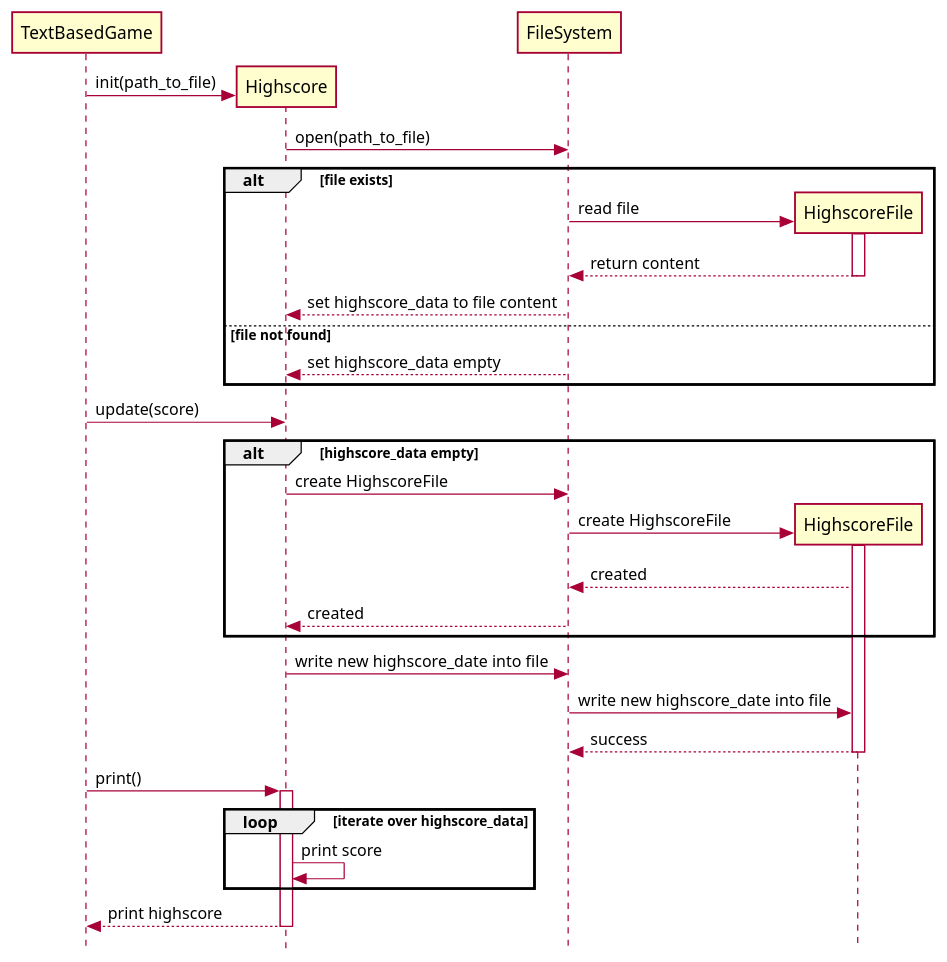
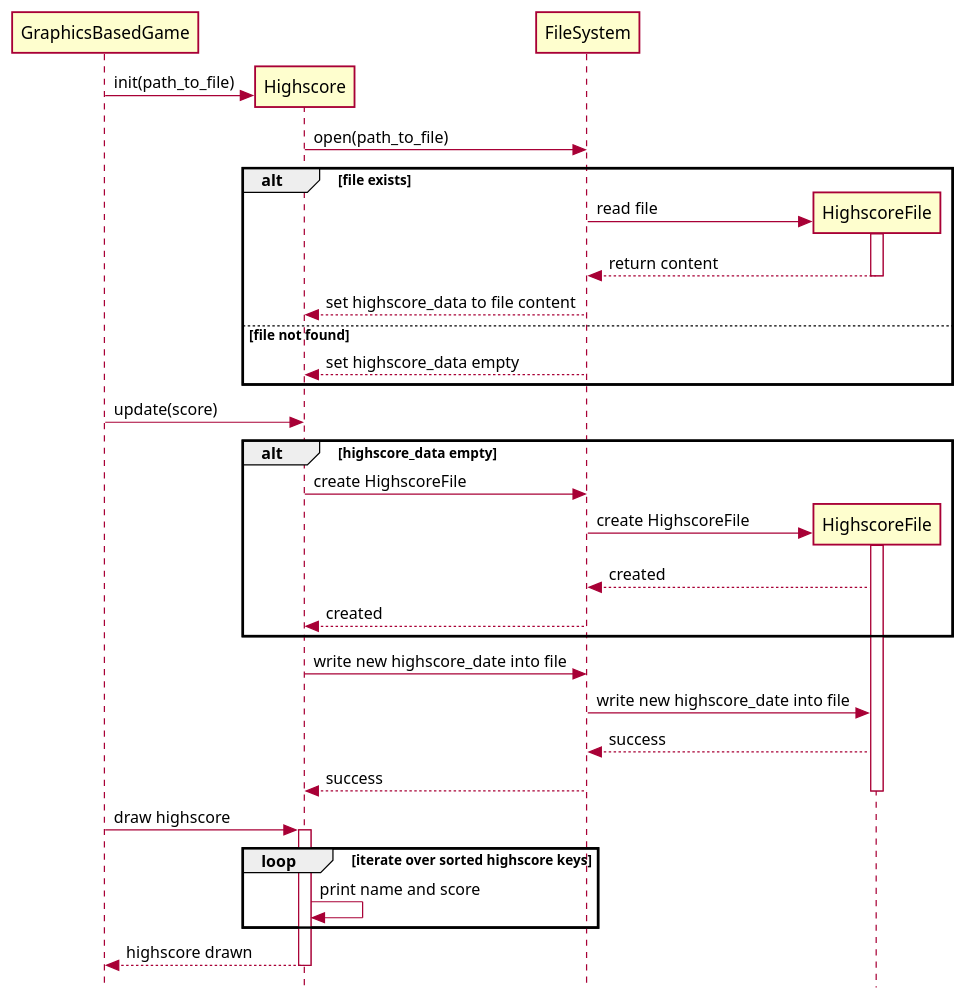
One commit to killuari/quiz_game_ctk changed the diagram in diagrams/highscore_sequence_diagram.puml. Above: the diagram before and after it, drawn with PlantUML. The commit also changed 4 other files, not shown here.

Commit message:
Adjust highscore UML diagrams

```diff
--- a/diagrams/highscore_sequence_diagram.puml
+++ b/diagrams/highscore_sequence_diagram.puml
@@ -1,43 +1,44 @@
 @startuml
 skin rose
 skinparam style strictuml
 
-participant TextBasedGame
+participant GraphicsBasedGame
 participant Highscore
 participant FileSystem
 participant HighscoreFile
 
 create Highscore
-TextBasedGame -> Highscore: init(path_to_file)
+GraphicsBasedGame -> Highscore: init(path_to_file)
 Highscore -> FileSystem: open(path_to_file)
 alt file exists
     create HighscoreFile
     FileSystem -> HighscoreFile: read file
     activate HighscoreFile
     HighscoreFile --> FileSystem: return content
     deactivate HighscoreFile
     FileSystem --> Highscore: set highscore_data to file content
 else file not found
     FileSystem --> Highscore: set highscore_data empty
 end
-TextBasedGame -> Highscore: update(score)
+GraphicsBasedGame -> Highscore: update(score)
 alt highscore_data empty
     Highscore -> FileSystem: create HighscoreFile
     create HighscoreFile
     FileSystem -> HighscoreFile: create HighscoreFile
     activate HighscoreFile
     HighscoreFile --> FileSystem: created
     FileSystem --> Highscore: created
 end
 Highscore -> FileSystem: write new highscore_date into file
 FileSystem -> HighscoreFile: write new highscore_date into file
 HighscoreFile --> FileSystem: success
+FileSystem --> Highscore: success
 deactivate HighscoreFile
-TextBasedGame -> Highscore: print()
+GraphicsBasedGame -> Highscore: draw highscore
 activate Highscore
-loop iterate over highscore_data
-    Highscore -> Highscore: print score
+loop iterate over sorted highscore keys
+    Highscore -> Highscore: print name and score
 end
-Highscore --> TextBasedGame: print highscore
+Highscore --> GraphicsBasedGame: highscore drawn
 deactivate Highscore
 @enduml
```
